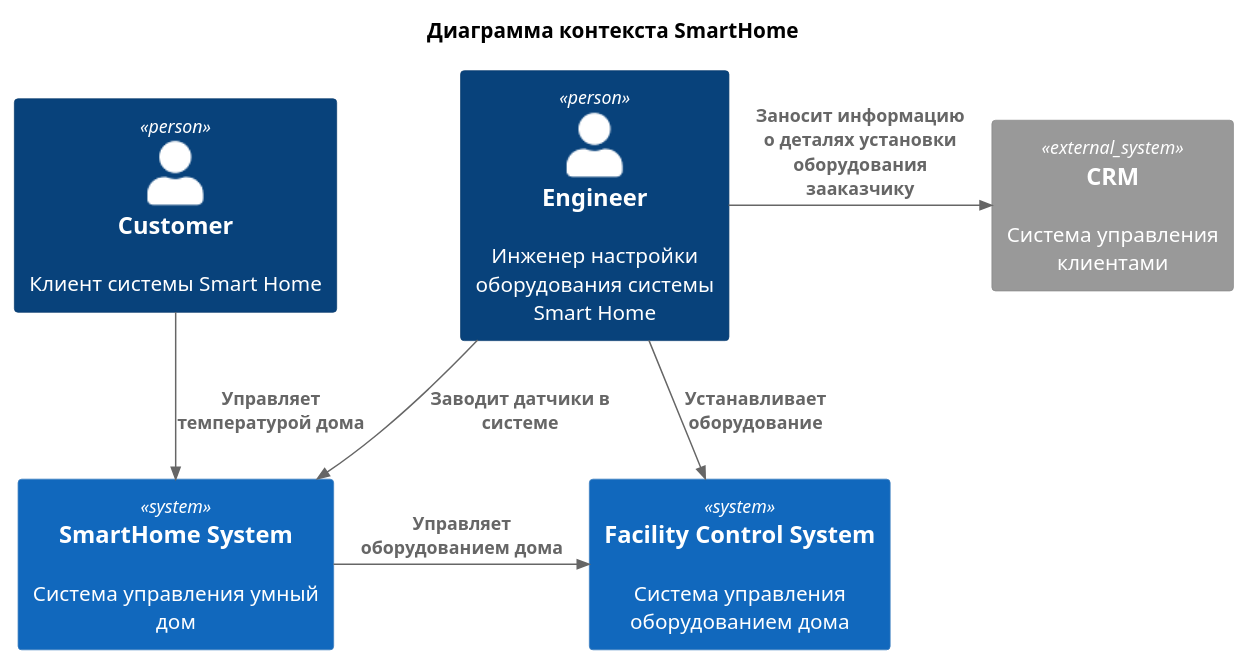
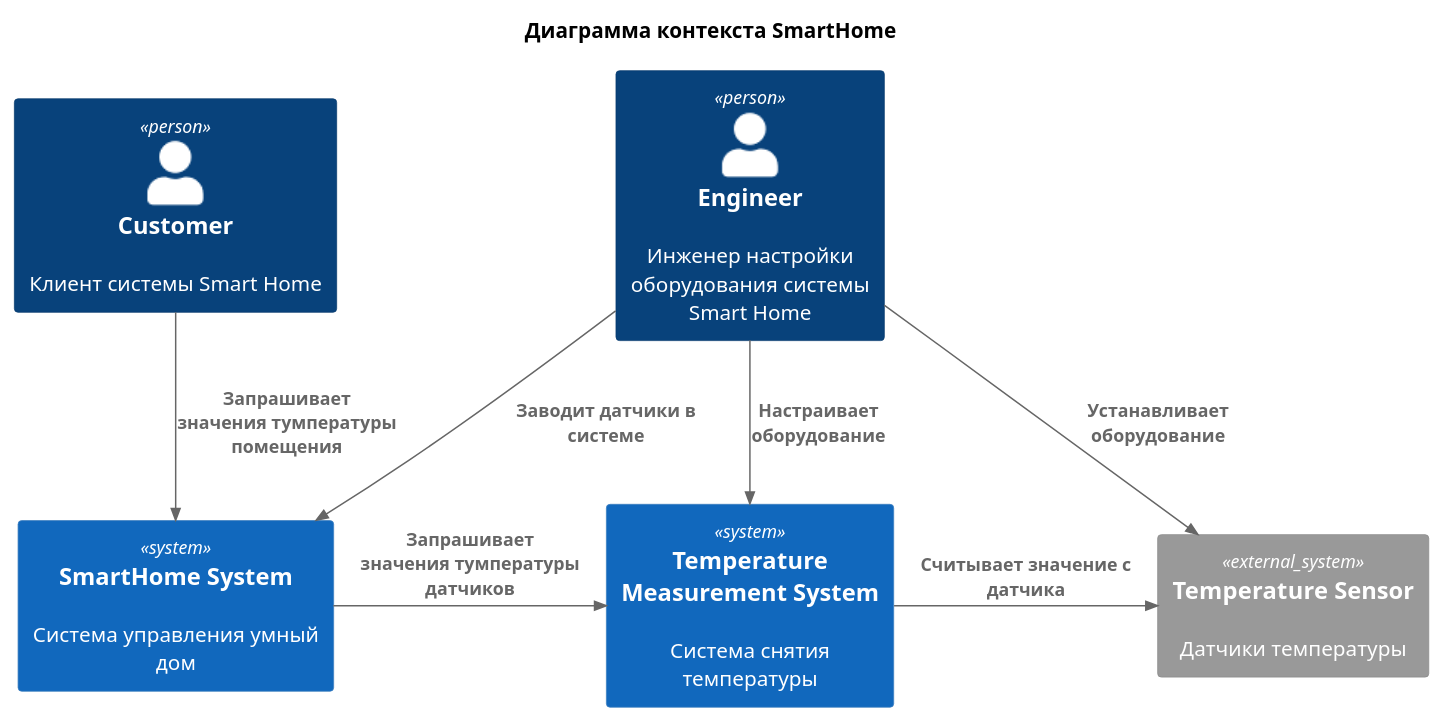
One commit to razumyan/architecture-warmhouse changed the diagram in docs/as_is/diagrams/context.puml. Above: the diagram before and after it, drawn with PlantUML. The commit also changed 6 other files, not shown here.

Commit message:
SPRINT1: Second iteration  - Дополнена ER-model  - Убран мусор из README  - Дополнено опесание As-Is истемы  - Переработан контекст As-Is системы  - На To-Be контейнеры добавлен Getway API

```diff
--- a/docs/as_is/diagrams/context.puml
+++ b/docs/as_is/diagrams/context.puml
@@ -1,21 +1,22 @@
 @startuml
 
 title Диаграмма контекста SmartHome
 
 !includeurl https://raw.githubusercontent.com/RicardoNiepel/C4-PlantUML/master/C4_Component.puml
 
 top to bottom direction
 
 Person(customer, "Customer", "Клиент системы Smart Home")
 Person(engineer, "Engineer", "Инженер настройки оборудования системы Smart Home")
 System(SmartHomeSystem, "SmartHome System", "Система управления умный дом")
-System(FacilityControlSystem, "Facility Control System", "Система управления оборудованием дома")
-System_Ext(CustomerRelManagement, "CRM", "Система управления клиентами")
+System(TemperatureMeasurementSystem, "Temperature Measurement System", "Система снятия температуры")
+System_Ext(TemperatureSensor, "Temperature Sensor", "Датчики температуры")
 
-Rel_D(customer, SmartHomeSystem, "Управляет температурой дома")
-Rel_R(SmartHomeSystem, FacilityControlSystem, "Управляет оборудованием дома")
+Rel_D(customer, SmartHomeSystem, "Запрашивает значения тумпературы помещения")
+Rel_R(SmartHomeSystem, TemperatureMeasurementSystem, "Запрашивает значения тумпературы датчиков")
 Rel(engineer, SmartHomeSystem, "Заводит датчики в системе")
-Rel(engineer, FacilityControlSystem, "Устанавливает оборудование")
-Rel_R(engineer, CustomerRelManagement, "Заносит информацию о деталях установки оборудования зааказчику")
+Rel(engineer, TemperatureMeasurementSystem, "Настраивает оборудование")
+Rel_D(engineer, TemperatureSensor, "Устанавливает оборудование")
+Rel_R(TemperatureMeasurementSystem, TemperatureSensor, "Считывает значение с датчика")
 
 @enduml
```
